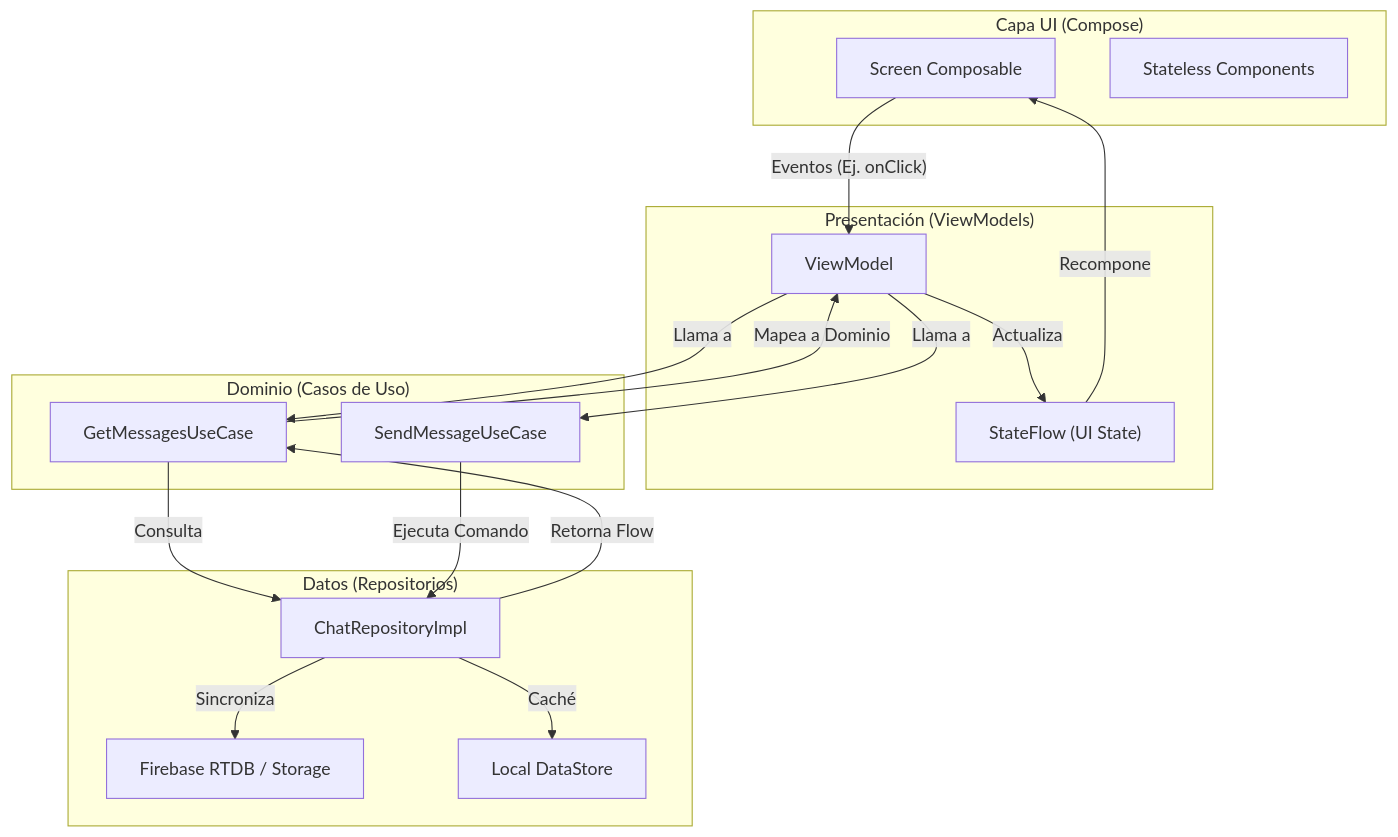
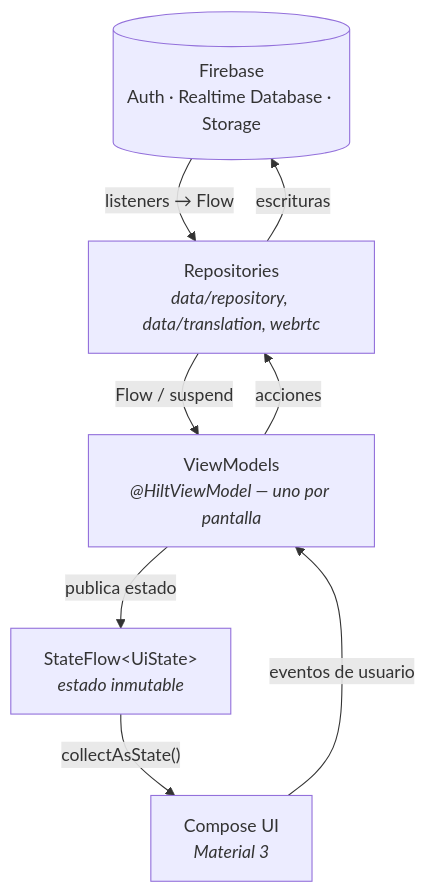
The diagram in README.md (Azelmods677/NexusChat), drawn with Mermaid before and after one commit. The commit also changed other lines of this file, not shown here.

````diff
--- a/README.md
+++ b/README.md
@@ -113,35 +44,16 @@
 ```mermaid
-graph TD
-    subgraph UI_Layer ["Capa UI (Compose)"]
-        Screen["Screen Composable"]
-        Components["Stateless Components"]
-    end
+flowchart TD
+    FB[("Firebase<br/>Auth · Realtime Database · Storage")]
+    REPO["Repositories<br/><i>data/repository, data/translation, webrtc</i>"]
+    VM["ViewModels<br/><i>@HiltViewModel — uno por pantalla</i>"]
+    STATE["StateFlow&lt;UiState&gt;<br/><i>estado inmutable</i>"]
+    UI["Compose UI<br/><i>Material 3</i>"]
 
-    subgraph Presentation_Layer ["Presentación (ViewModels)"]
-        VM["ViewModel"]
-        State["StateFlow (UI State)"]
-    end
-
-    subgraph Domain_Layer ["Dominio (Casos de Uso)"]
-        UC1["GetMessagesUseCase"]
-        UC2["SendMessageUseCase"]
-    end
-
-    subgraph Data_Layer ["Datos (Repositorios)"]
-        Repo["ChatRepositoryImpl"]
-        Firebase["Firebase RTDB / Storage"]
-        Room["Local DataStore"]
-    end
-
-    Screen -- "Eventos (Ej. onClick)" --> VM
-    VM -- "Llama a" --> UC1
-    VM -- "Llama a" --> UC2
-    UC1 -- "Consulta" --> Repo
-    UC2 -- "Ejecuta Comando" --> Repo
-    Repo -- "Sincroniza" --> Firebase
-    Repo -- "Caché" --> Room
-    Repo -- "Retorna Flow<Data>" --> UC1
-    UC1 -- "Mapea a Dominio" --> VM
-    VM -- "Actualiza" --> State
-    State -- "Recompone" --> Screen
+    FB -- "listeners → Flow" --> REPO
+    REPO -- "Flow / suspend" --> VM
+    VM -- "publica estado" --> STATE
+    STATE -- "collectAsState()" --> UI
+    UI -- "eventos de usuario" --> VM
+    VM -- "acciones" --> REPO
+    REPO -- "escrituras" --> FB
 ```
````
